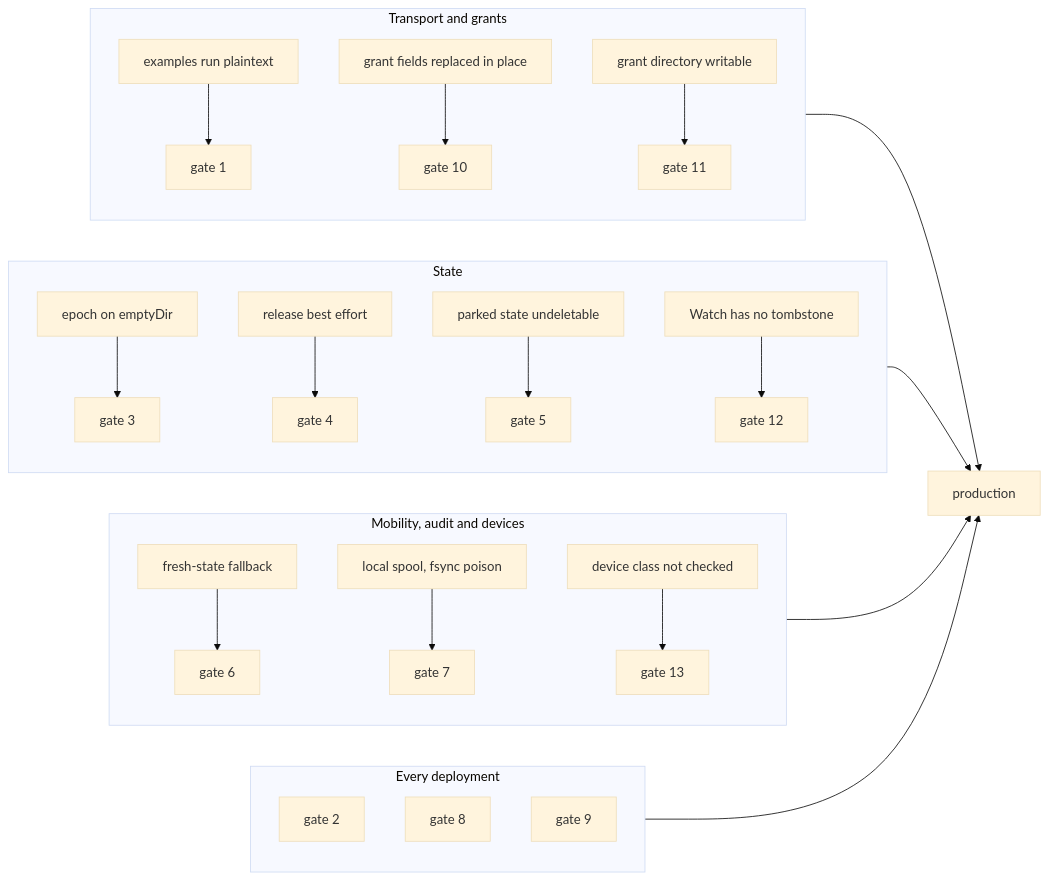
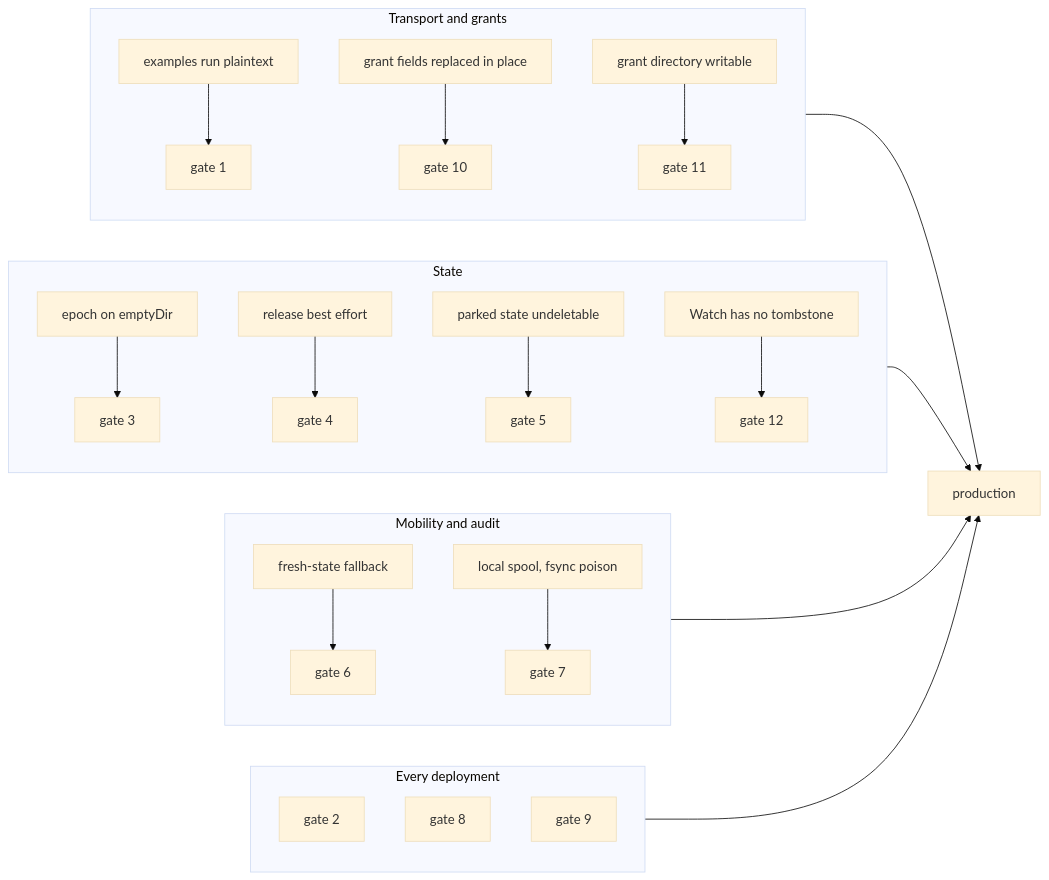
The diagram in docs/design/readiness.md (helayoty/fiberd), drawn with Mermaid (base theme) before and after one commit. The commit also changed other lines of this file and 15 other files, not shown here.

````diff
--- a/docs/design/readiness.md
+++ b/docs/design/readiness.md
@@ -11,25 +11,24 @@
 ```mermaid
 flowchart LR
   subgraph T[Transport and grants]
     P[examples run plaintext] --> G1[gate 1]
     GF[grant fields replaced in place] --> G10[gate 10]
     LD[grant directory writable] --> G11[gate 11]
   end
   subgraph S[State]
     E[epoch on emptyDir] --> G3[gate 3]
     R[release best effort] --> G4[gate 4]
     D[parked state undeletable] --> G5[gate 5]
     W[Watch has no tombstone] --> G12[gate 12]
   end
-  subgraph M[Mobility, audit and devices]
+  subgraph M[Mobility and audit]
     C[fresh-state fallback] --> G6[gate 6]
     A[local spool, fsync poison] --> G7[gate 7]
-    DC[device class not checked] --> G13[gate 13]
   end
   subgraph X[Every deployment]
     G2[gate 2]
     G8[gate 8]
     G9[gate 9]
   end
   T & S & M & X --> OK[production]
 ```
````
